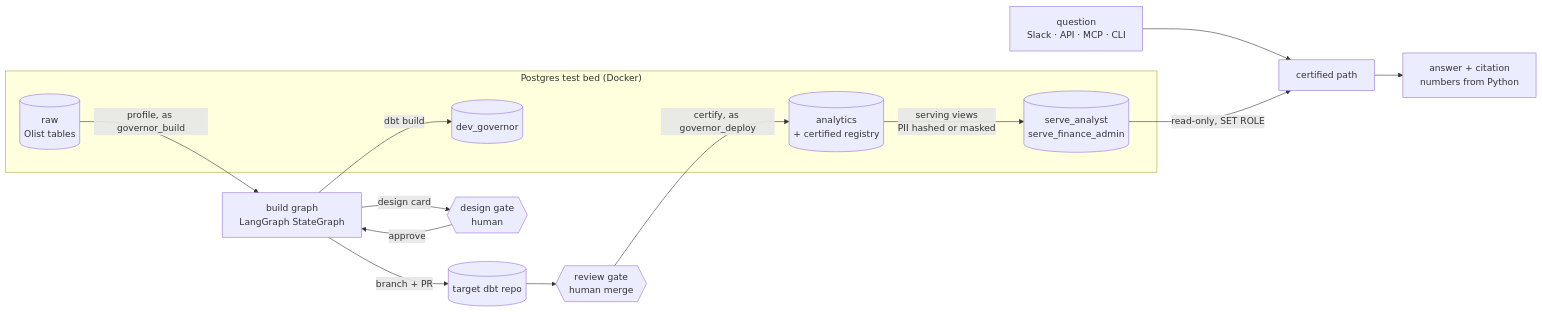
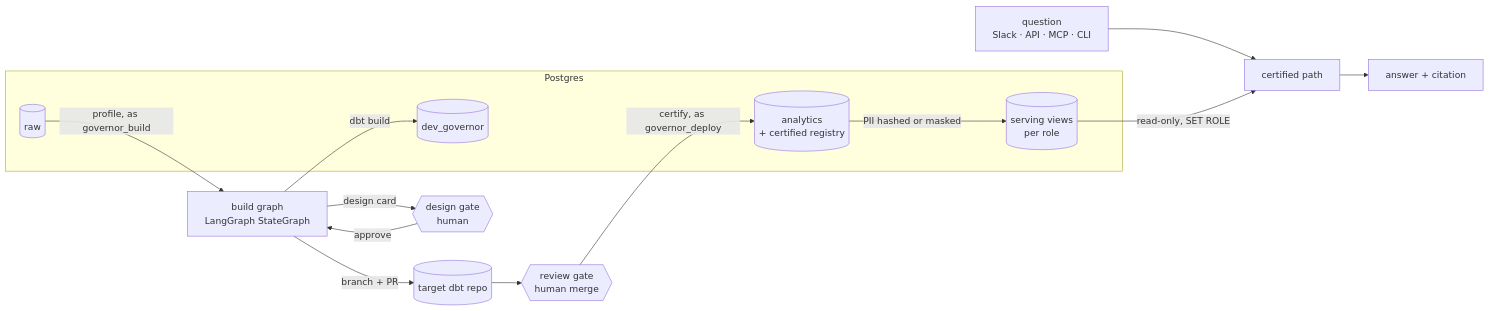
One commit to aakhavan/governor changed the diagram in README.md. Above: the diagram before and after it, drawn with Mermaid. The commit also changed other lines of this file and 8 other files, not shown here.

````diff
--- a/README.md
+++ b/README.md
@@ -45,22 +33,22 @@
 ```mermaid
 flowchart LR
-    subgraph PG["Postgres test bed (Docker)"]
-        raw[(raw<br/>Olist tables)]
+    subgraph PG["Postgres"]
+        raw[(raw)]
         dev[(dev_governor)]
         an[(analytics<br/>+ certified registry)]
-        serve[(serve_analyst<br/>serve_finance_admin)]
+        serve[(serving views<br/>per role)]
     end
 
     raw -->|profile, as governor_build| B[build graph<br/>LangGraph StateGraph]
     B -->|design card| G1{{design gate<br/>human}}
     G1 -->|approve| B
     B -->|dbt build| dev
     B -->|branch + PR| GH[(target dbt repo)]
     GH --> G2{{review gate<br/>human merge}}
     G2 -->|certify, as governor_deploy| an
-    an -->|serving views<br/>PII hashed or masked| serve
+    an -->|PII hashed or masked| serve
 
     Q[question<br/>Slack · API · MCP · CLI] --> C[certified path]
     serve -->|read-only, SET ROLE| C
-    C --> A[answer + citation<br/>numbers from Python]
+    C --> A[answer + citation]
 ```
````
